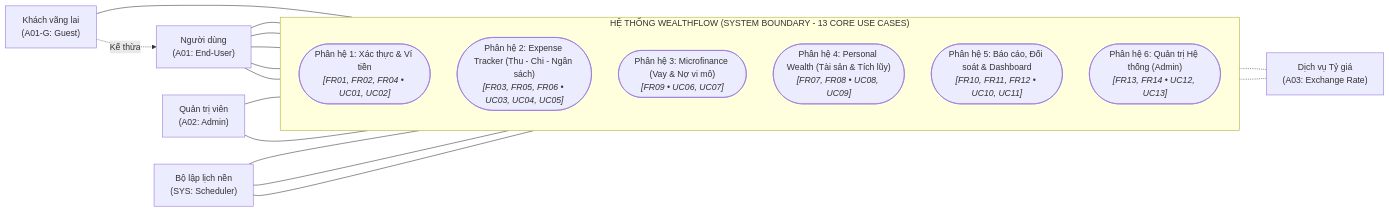
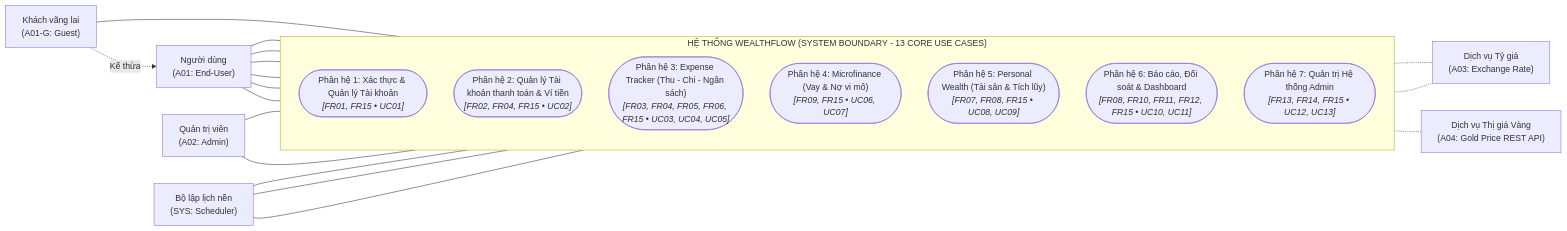
Before and after one commit to huytothevoz/SE---Microfinance-Personal-Wealth-Expense-Tracker: the first of 14 diagrams in docs/02_elaboration/uml_modeling/usecase_diagram.md, drawn with Mermaid. The commit also changed other lines of this file and 1 other file, not shown here.

Commit message:
docs(uml): update usecase diagrams to v2.1 and add bidirectional mapping links to SRS

````diff
--- a/docs/02_elaboration/uml_modeling/usecase_diagram.md
+++ b/docs/02_elaboration/uml_modeling/usecase_diagram.md
@@ -23,47 +33,51 @@
 ```mermaid
 flowchart LR
     %% Khai báo Actors
     A01G["Khách vãng lai<br/>(A01-G: Guest)"]
     A01["Người dùng<br/>(A01: End-User)"]
     A02["Quản trị viên<br/>(A02: Admin)"]
     A03["Dịch vụ Tỷ giá<br/>(A03: Exchange Rate)"]
+    A04["Dịch vụ Thị giá Vàng<br/>(A04: Gold Price REST API)"]
     SYS["Bộ lập lịch nền<br/>(SYS: Scheduler)"]
 
     %% Kế thừa tác nhân
     A01G -.->|Kế thừa| A01
 
     %% Boundary Hệ thống WealthFlow
     subgraph WealthFlow["HỆ THỐNG WEALTHFLOW (SYSTEM BOUNDARY - 13 CORE USE CASES)"]
         direction TB
 
-        PKG1(["Phân hệ 1: Xác thực & Ví tiền<br/><i>[FR01, FR02, FR04 • UC01, UC02]</i>"])
-        PKG2(["Phân hệ 2: Expense Tracker (Thu - Chi - Ngân sách)<br/><i>[FR03, FR05, FR06 • UC03, UC04, UC05]</i>"])
-        PKG3(["Phân hệ 3: Microfinance (Vay & Nợ vi mô)<br/><i>[FR09 • UC06, UC07]</i>"])
-        PKG4(["Phân hệ 4: Personal Wealth (Tài sản & Tích lũy)<br/><i>[FR07, FR08 • UC08, UC09]</i>"])
-        PKG5(["Phân hệ 5: Báo cáo, Đối soát & Dashboard<br/><i>[FR10, FR11, FR12 • UC10, UC11]</i>"])
-        PKG6(["Phân hệ 6: Quản trị Hệ thống (Admin)<br/><i>[FR13, FR14 • UC12, UC13]</i>"])
+        PKG1(["Phân hệ 1: Xác thực & Quản lý Tài khoản<br/><i>[FR01, FR15 • UC01]</i>"])
+        PKG2(["Phân hệ 2: Quản lý Tài khoản thanh toán & Ví tiền<br/><i>[FR02, FR04, FR15 • UC02]</i>"])
+        PKG3(["Phân hệ 3: Expense Tracker (Thu - Chi - Ngân sách)<br/><i>[FR03, FR04, FR05, FR06, FR15 • UC03, UC04, UC05]</i>"])
+        PKG4(["Phân hệ 4: Microfinance (Vay & Nợ vi mô)<br/><i>[FR09, FR15 • UC06, UC07]</i>"])
+        PKG5(["Phân hệ 5: Personal Wealth (Tài sản & Tích lũy)<br/><i>[FR07, FR08, FR15 • UC08, UC09]</i>"])
+        PKG6(["Phân hệ 6: Báo cáo, Đối soát & Dashboard<br/><i>[FR08, FR10, FR11, FR12, FR15 • UC10, UC11]</i>"])
+        PKG7(["Phân hệ 7: Quản trị Hệ thống Admin<br/><i>[FR13, FR14, FR15 • UC12, UC13]</i>"])
     end
 
     %% Tương tác của Khách vãng lai
     A01G --- PKG1
 
     %% Tương tác của Người dùng (A01)
     A01 --- PKG1
     A01 --- PKG2
     A01 --- PKG3
     A01 --- PKG4
     A01 --- PKG5
+    A01 --- PKG6
 
     %% Tương tác của Quản trị viên (A02)
     A02 --- PKG1
-    A02 --- PKG6
+    A02 --- PKG7
 
-    %% Tương tác của Dịch vụ bên ngoài
-    PKG1 -.- A03
+    %% Tương tác của Dịch vụ bên ngoài (Secondary Actors)
     PKG2 -.- A03
+    PKG3 -.- A03
+    PKG5 -.- A04
 
     %% Tương tác của Tiến trình chạy nền (SYS)
-    SYS --- PKG2
     SYS --- PKG3
-    SYS --- PKG5
+    SYS --- PKG4
+    SYS --- PKG6
 ```
````
